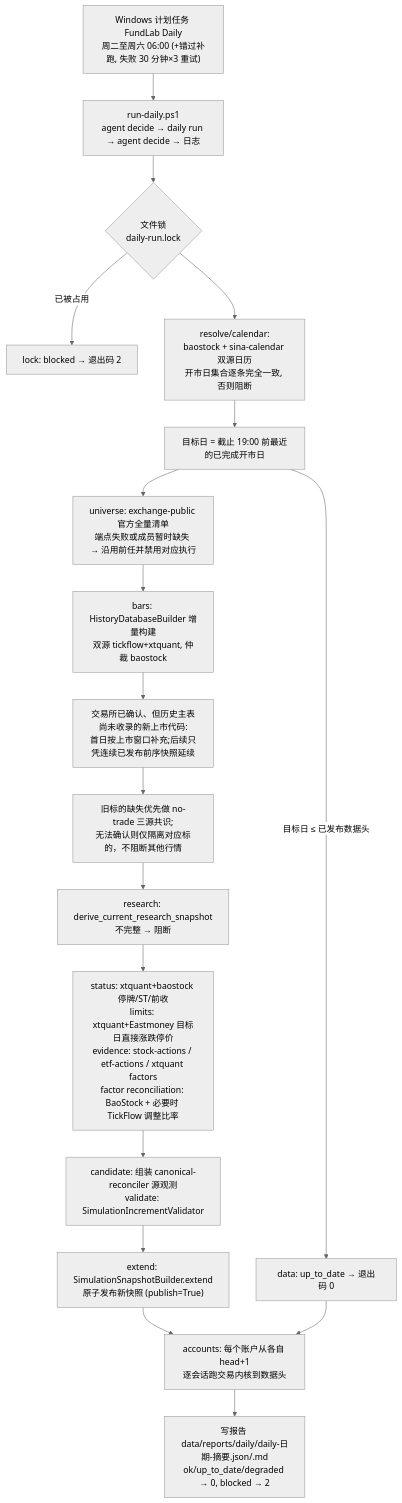
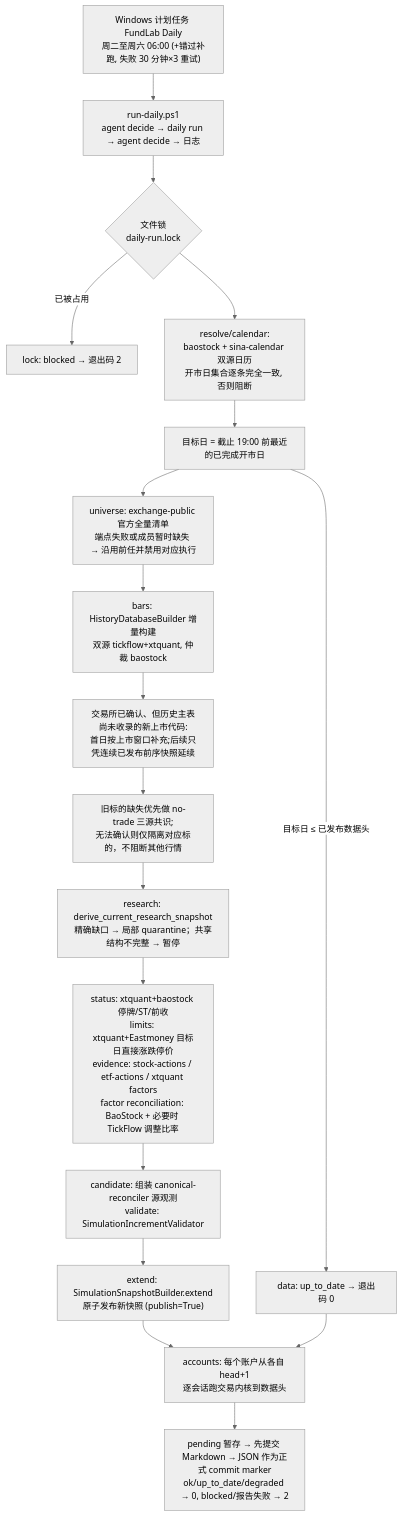
The diagram in docs/architecture/03-pipeline-ops.md (zhan7653/miniQMT), drawn with Mermaid (neutral theme) before and after one commit. The commit also changed other lines of this file and 26 other files, not shown here.

````diff
--- a/docs/architecture/03-pipeline-ops.md
+++ b/docs/architecture/03-pipeline-ops.md
@@ -35,20 +35,20 @@
 ```mermaid
 flowchart TD
     T["Windows 计划任务 FundLab Daily<br/>周二至周六 06:00 (+错过补跑, 失败 30 分钟×3 重试)"] --> R["run-daily.ps1<br/>agent decide → daily run → agent decide → 日志"]
     R --> L{"文件锁<br/>daily-run.lock"}
     L -- 已被占用 --> B0["lock: blocked → 退出码 2"]
     L --> CAL["resolve/calendar:<br/>baostock + sina-calendar 双源日历<br/>开市日集合逐条完全一致, 否则阻断"]
     CAL --> TGT["目标日 = 截止 19:00 前最近的已完成开市日"]
     TGT -- "目标日 ≤ 已发布数据头" --> UTD["data: up_to_date → 退出码 0"]
     TGT --> U["universe: exchange-public 官方全量清单<br/>端点失败或成员暂时缺失 → 沿用前任并禁用对应执行"]
     U --> H["bars: HistoryDatabaseBuilder 增量构建<br/>双源 tickflow+xtquant, 仲裁 baostock"]
     H --> NEW["交易所已确认、但历史主表尚未收录的新上市代码:<br/>首日按上市窗口补充;后续只凭连续已发布前序快照延续"]
     NEW --> NT["旧标的缺失优先做 no-trade 三源共识;<br/>无法确认则仅隔离对应标的，不阻断其他行情"]
-    NT --> RS["research: derive_current_research_snapshot<br/>不完整 → 阻断"]
+    NT --> RS["research: derive_current_research_snapshot<br/>精确缺口 → 局部 quarantine；共享结构不完整 → 暂停"]
     RS --> SE["status: xtquant+baostock 停牌/ST/前收<br/>limits: xtquant+Eastmoney 目标日直接涨跌停价<br/>evidence: stock-actions / etf-actions / xtquant factors<br/>factor reconciliation: BaoStock + 必要时 TickFlow 调整比率"]
     SE --> CV["candidate: 组装 canonical-reconciler 源观测<br/>validate: SimulationIncrementValidator"]
     CV --> EX["extend: SimulationSnapshotBuilder.extend<br/>原子发布新快照 (publish=True)"]
     EX --> AC["accounts: 每个账户从各自 head+1<br/>逐会话跑交易内核到数据头"]
     UTD --> AC
-    AC --> RP["写报告 data/reports/daily/daily-日期-摘要.json/.md<br/>ok/up_to_date/degraded → 0, blocked → 2"]
+    AC --> RP["pending 暂存 → 先提交 Markdown → JSON 作为正式 commit marker<br/>ok/up_to_date/degraded → 0, blocked/报告失败 → 2"]
 ```
````
